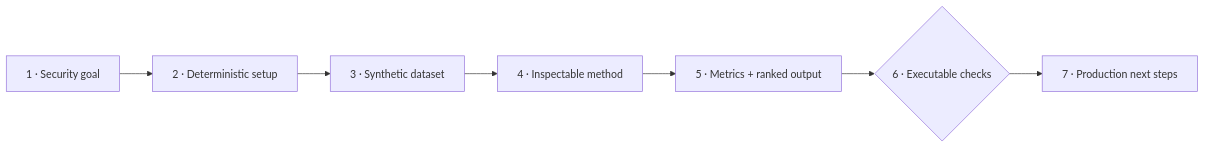
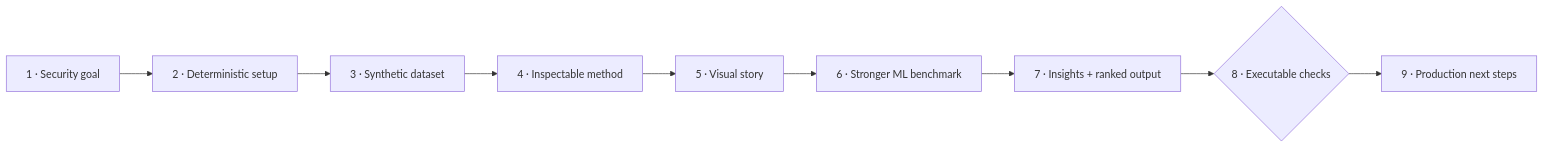
The second of 3 diagrams in README.md (VinayK88/cybersecurity-analytics), drawn with Mermaid before and after one commit. The commit also changed other lines of this file and 28 other files, not shown here.

````diff
--- a/README.md
+++ b/README.md
@@ -125,9 +138,11 @@
 ```mermaid
 flowchart LR
     GOAL["1 · Security goal"] --> SETUP["2 · Deterministic setup"]
     SETUP --> DATA["3 · Synthetic dataset"]
     DATA --> METHOD["4 · Inspectable method"]
-    METHOD --> OUTPUT["5 · Metrics + ranked output"]
-    OUTPUT --> CHECKS{"6 · Executable checks"}
-    CHECKS --> NEXT["7 · Production next steps"]
+    METHOD --> VISUAL["5 · Visual story"]
+    VISUAL --> ML["6 · Stronger ML benchmark"]
+    ML --> OUTPUT["7 · Insights + ranked output"]
+    OUTPUT --> CHECKS{"8 · Executable checks"}
+    CHECKS --> NEXT["9 · Production next steps"]
 ```
````
